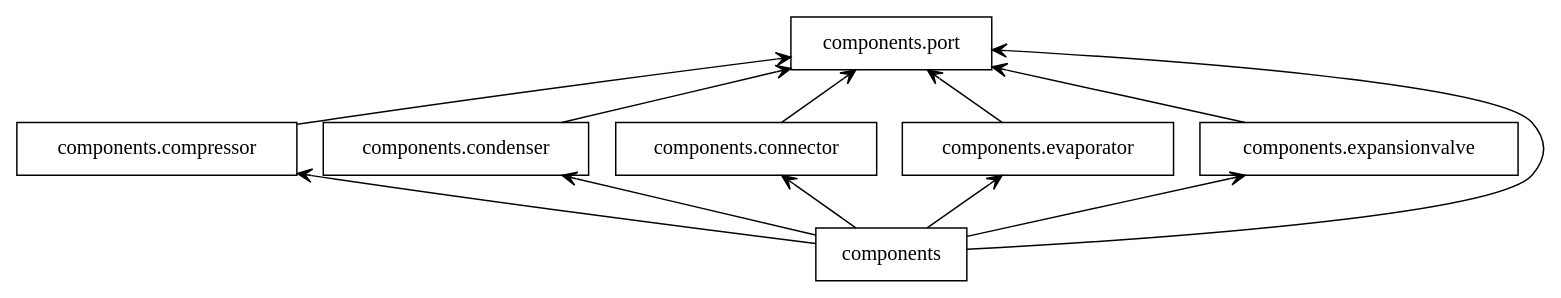
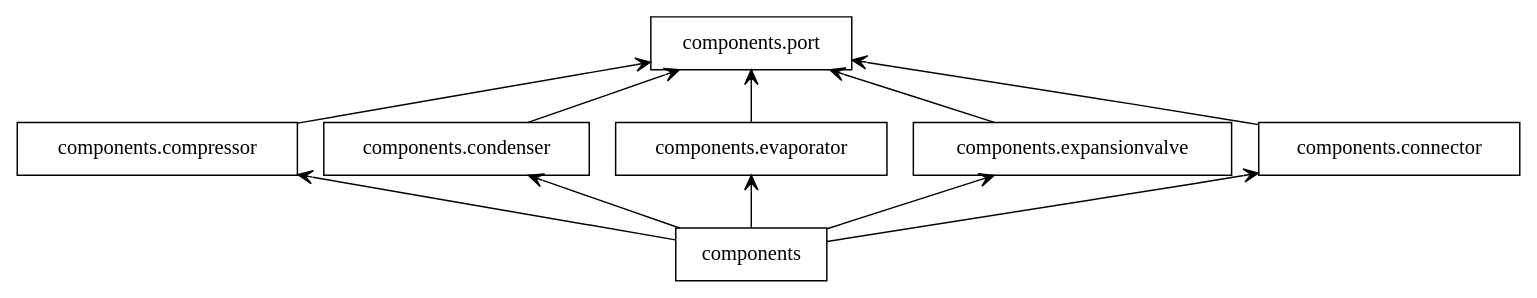
One commit to thermalogic/SimVCCE changed the diagram in uml/components/packages.dot. Above: the diagram before and after it, drawn with Graphviz. The commit also changed 5 other files, not shown here.

Commit message:
update uml

```diff
--- a/uml/components/packages.dot
+++ b/uml/components/packages.dot
@@ -1,22 +1,21 @@
 digraph "packages" {
 rankdir=BT
 charset="utf-8"
 "components" [color="black", label="components", shape="box", style="solid"];
 "components.compressor" [color="black", label="components.compressor", shape="box", style="solid"];
 "components.condenser" [color="black", label="components.condenser", shape="box", style="solid"];
-"components.connector" [color="black", label="components.connector", shape="box", style="solid"];
 "components.evaporator" [color="black", label="components.evaporator", shape="box", style="solid"];
 "components.expansionvalve" [color="black", label="components.expansionvalve", shape="box", style="solid"];
 "components.port" [color="black", label="components.port", shape="box", style="solid"];
+"components.connector" [color="black", label="components.connector", shape="box", style="solid"];
 "components" -> "components.compressor" [arrowhead="open", arrowtail="none"];
 "components" -> "components.condenser" [arrowhead="open", arrowtail="none"];
-"components" -> "components.connector" [arrowhead="open", arrowtail="none"];
 "components" -> "components.evaporator" [arrowhead="open", arrowtail="none"];
 "components" -> "components.expansionvalve" [arrowhead="open", arrowtail="none"];
-"components" -> "components.port" [arrowhead="open", arrowtail="none"];
+"components" -> "components.connector" [arrowhead="open", arrowtail="none"];
 "components.compressor" -> "components.port" [arrowhead="open", arrowtail="none"];
 "components.condenser" -> "components.port" [arrowhead="open", arrowtail="none"];
 "components.connector" -> "components.port" [arrowhead="open", arrowtail="none"];
 "components.evaporator" -> "components.port" [arrowhead="open", arrowtail="none"];
 "components.expansionvalve" -> "components.port" [arrowhead="open", arrowtail="none"];
 }
```
